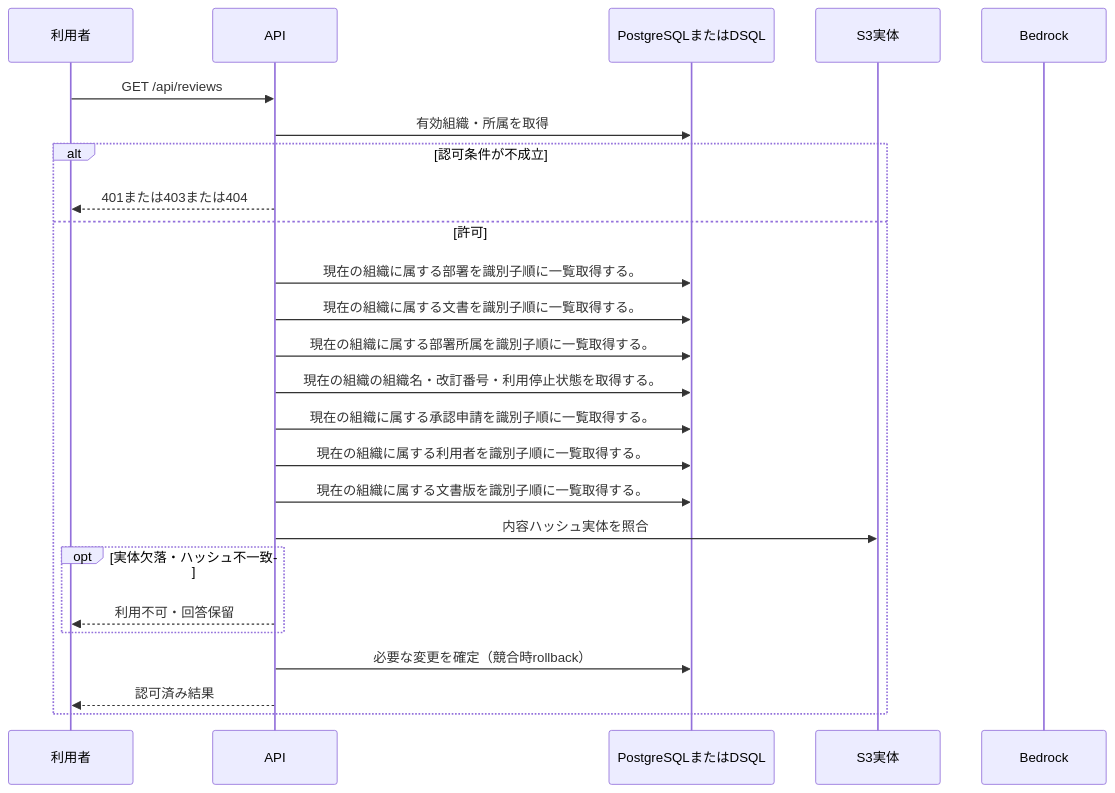
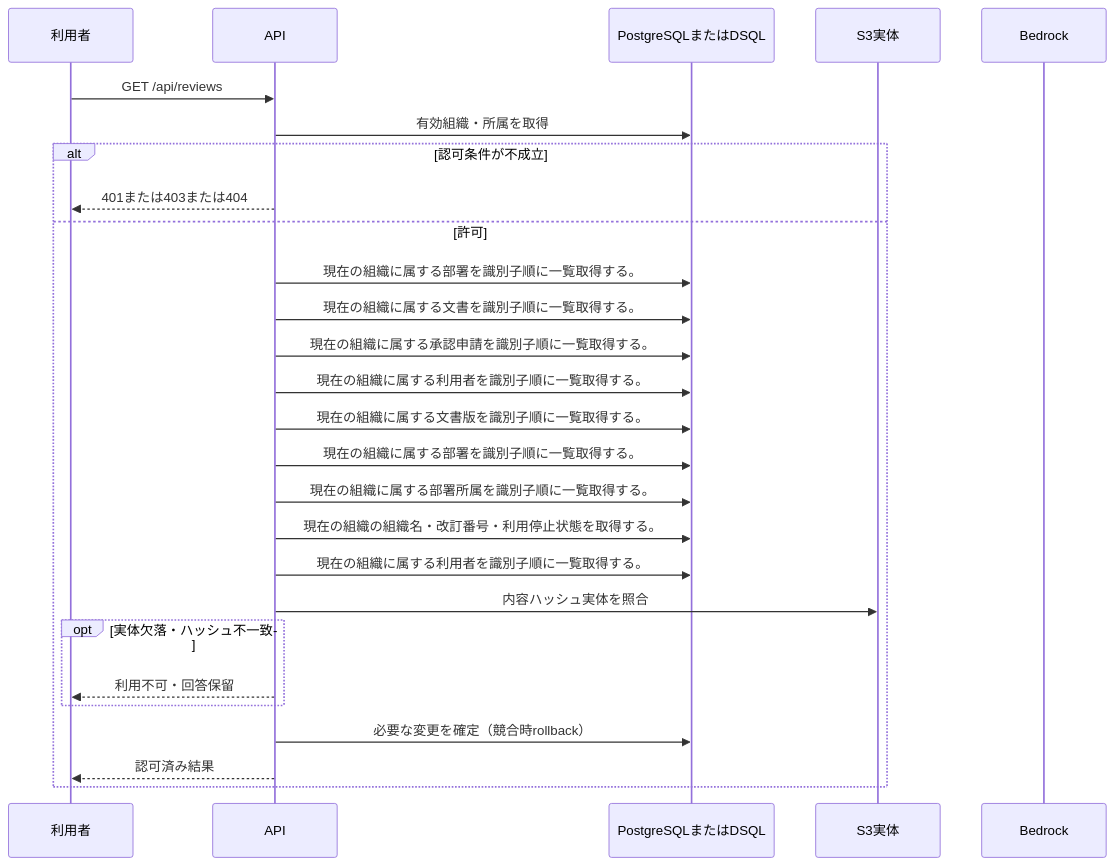
One commit to tsuji-tomonori/KotoRelay changed the diagram in docs/design/generated/api/reviews/list_reviews/sequence.md. Above: the diagram before and after it, drawn with Mermaid. The commit also changed other lines of this file and 628 other files, not shown here.

````diff
--- a/docs/design/generated/api/reviews/list_reviews/sequence.md
+++ b/docs/design/generated/api/reviews/list_reviews/sequence.md
@@ -7,27 +7,29 @@
 ```mermaid
 sequenceDiagram
     participant U as 利用者
     participant A as API
     participant D as PostgreSQLまたはDSQL
     participant S as S3実体
     participant M as Bedrock
     U->>A: GET /api/reviews
     A->>D: 有効組織・所属を取得
     alt 認可条件が不成立
         A-->>U: 401または403または404
     else 許可
         A->>D: 現在の組織に属する部署を識別子順に一覧取得する。
         A->>D: 現在の組織に属する文書を識別子順に一覧取得する。
-        A->>D: 現在の組織に属する部署所属を識別子順に一覧取得する。
-        A->>D: 現在の組織の組織名・改訂番号・利用停止状態を取得する。
         A->>D: 現在の組織に属する承認申請を識別子順に一覧取得する。
         A->>D: 現在の組織に属する利用者を識別子順に一覧取得する。
         A->>D: 現在の組織に属する文書版を識別子順に一覧取得する。
+        A->>D: 現在の組織に属する部署を識別子順に一覧取得する。
+        A->>D: 現在の組織に属する部署所属を識別子順に一覧取得する。
+        A->>D: 現在の組織の組織名・改訂番号・利用停止状態を取得する。
+        A->>D: 現在の組織に属する利用者を識別子順に一覧取得する。
         A->>S: 内容ハッシュ実体を照合
         opt 実体欠落・ハッシュ不一致
             A-->>U: 利用不可・回答保留
         end
         A->>D: 必要な変更を確定（競合時rollback）
         A-->>U: 認可済み結果
     end
 ```
````
